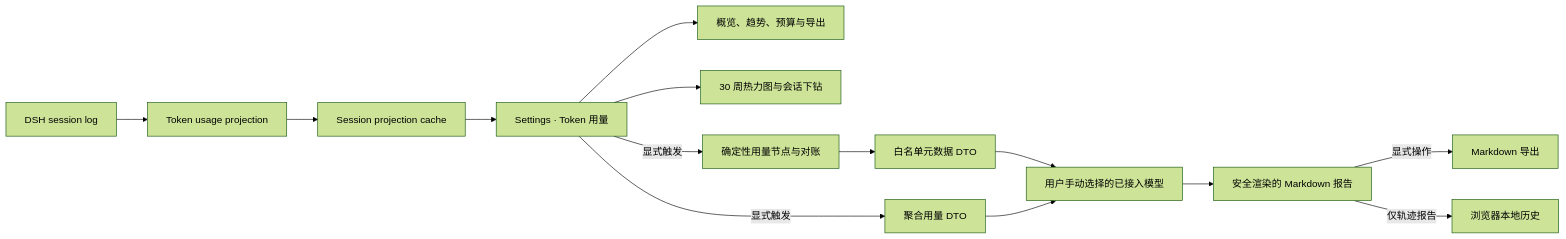
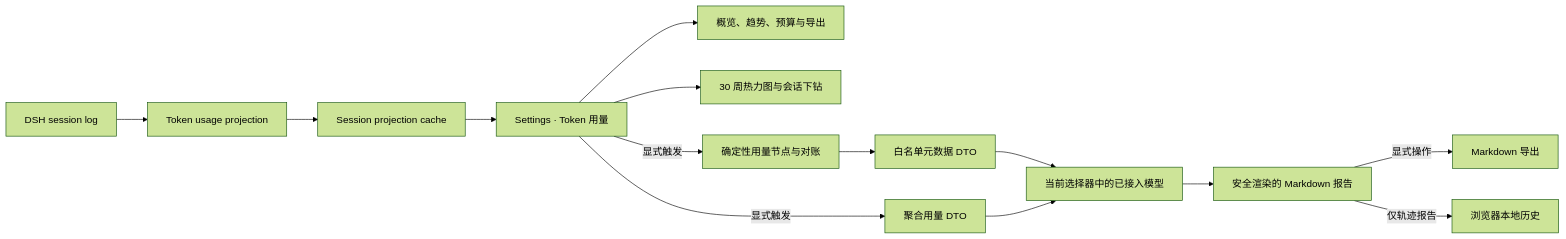
One commit to LeemanCheung/dsh-token-usage changed the diagram in README.md. Above: the diagram before and after it, drawn with Mermaid (forest theme). The commit also changed other lines of this file, not shown here.

````diff
--- a/README.md
+++ b/README.md
@@ -219,16 +219,16 @@
 ```mermaid
 flowchart LR
   A[DSH session log] --> B[Token usage projection]
   B --> C[Session projection cache]
   C --> D[Settings · Token 用量]
   D --> E[概览、趋势、预算与导出]
   D --> F[30 周热力图与会话下钻]
   D -->|显式触发| G[确定性用量节点与对账]
   G --> H[白名单元数据 DTO]
   D -->|显式触发| J[聚合用量 DTO]
-  H --> K[用户手动选择的已接入模型]
+  H --> K[当前选择器中的已接入模型]
   J --> K
   K --> I[安全渲染的 Markdown 报告]
   I -->|显式操作| L[Markdown 导出]
   I -->|仅轨迹报告| M[浏览器本地历史]
 ```
````
